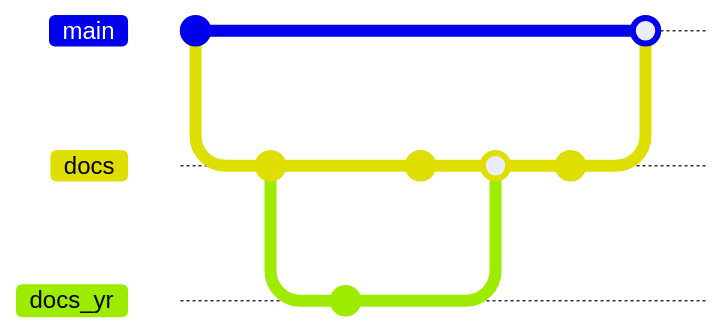
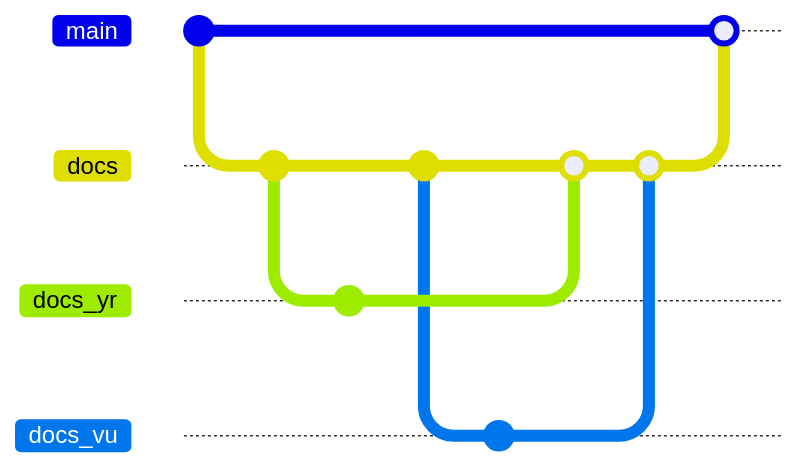
One commit to cyjiky/Trackly-db changed the second of 4 diagrams in docs/uni-labs/README.md. Above: the diagram before and after it, drawn with Mermaid. The commit also changed other lines of this file and 2 other files, not shown here. Commit ids are hidden.

Commit message:
Fix database ER diagram structure

````diff
--- a/docs/uni-labs/README.md
+++ b/docs/uni-labs/README.md
@@ -86,18 +86,22 @@
 ```mermaid
 gitGraph
     commit id: "Initial commit"
     branch docs
     checkout docs
     commit id: "Lab1"
 
 
     branch docs_yr
     commit
     checkout docs
     commit
 
+    branch docs_vu
+    commit
+    checkout docs
+
     merge docs_yr
-    commit
+    merge docs_vu
     checkout main
     merge docs
 ```
````
